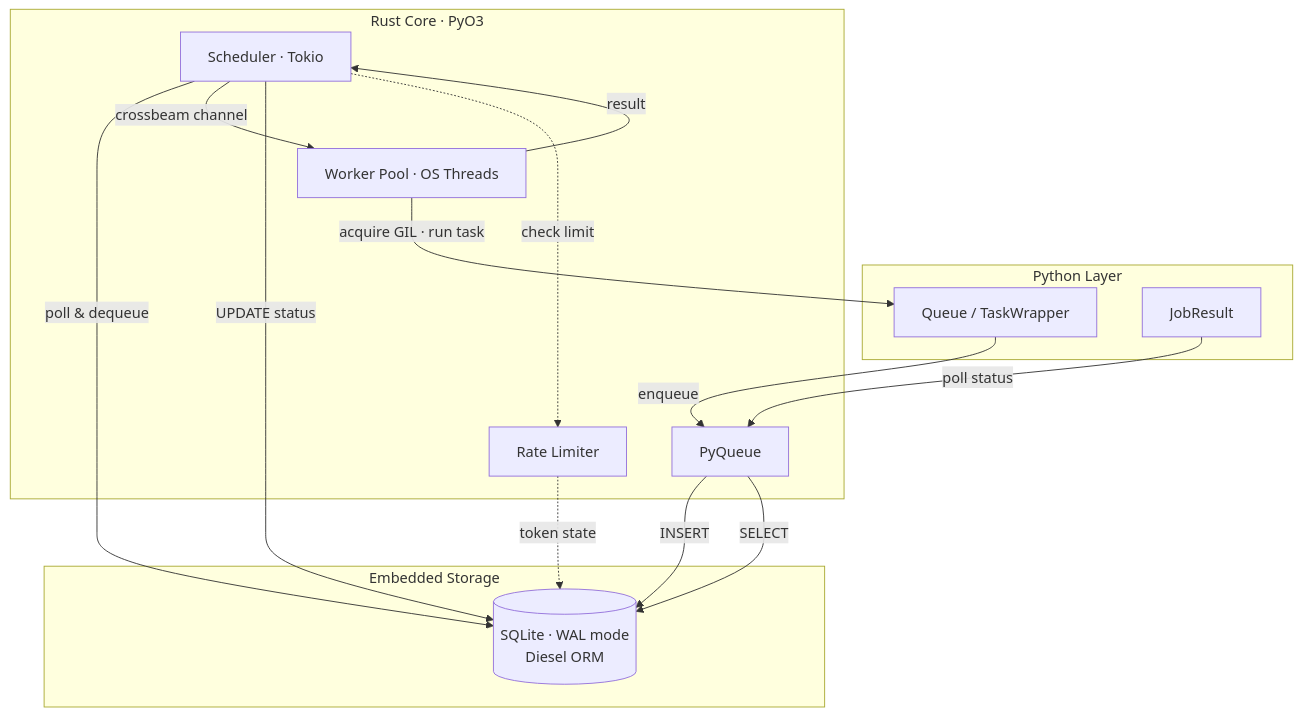
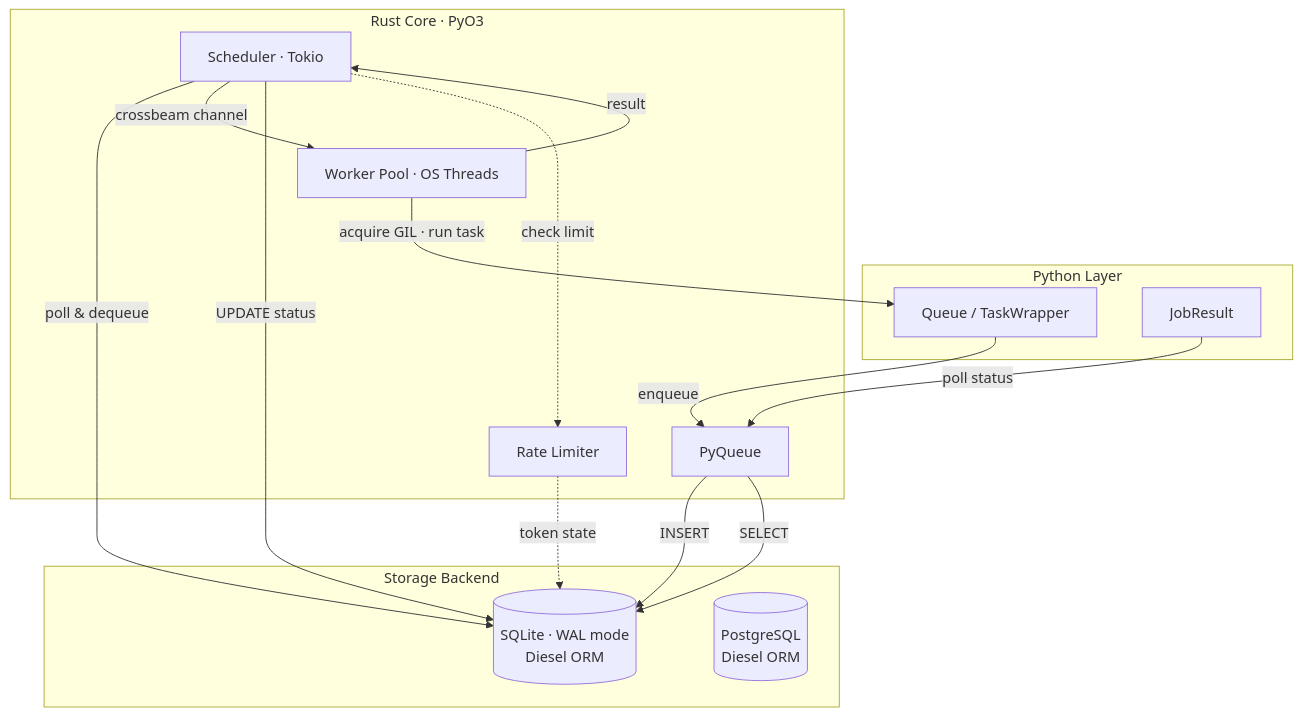
Before and after one commit to ByteVeda/taskito: the diagram in docs/index.md, drawn with Mermaid. The commit also changed other lines of this file and 109 other files, not shown here.

````diff
--- a/docs/index.md
+++ b/docs/index.md
@@ -102,30 +178,31 @@
 ```mermaid
 graph TB
     subgraph Python ["Python Layer"]
         A["Queue / TaskWrapper"]
         D["JobResult"]
     end
 
     subgraph Rust ["Rust Core · PyO3"]
         F["PyQueue"]
         G["Scheduler · Tokio"]
         H["Worker Pool · OS Threads"]
         I["Rate Limiter"]
     end
 
-    subgraph Storage ["Embedded Storage"]
+    subgraph Storage ["Storage Backend"]
         J[("SQLite · WAL mode<br/>Diesel ORM")]
+        K[("PostgreSQL<br/>Diesel ORM")]
     end
 
     A -->|enqueue| F
     F -->|INSERT| J
     G -->|poll & dequeue| J
     G -->|crossbeam channel| H
     H -->|acquire GIL · run task| A
     H -->|result| G
     G -->|UPDATE status| J
     D -->|poll status| F
     F -->|SELECT| J
     G -.->|check limit| I
     I -.->|token state| J
 ```
````
